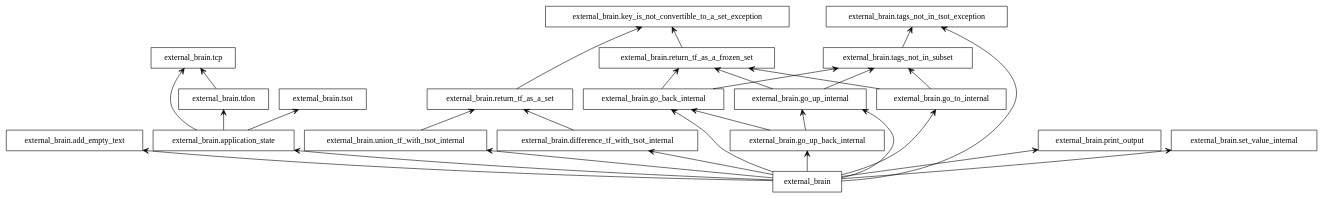
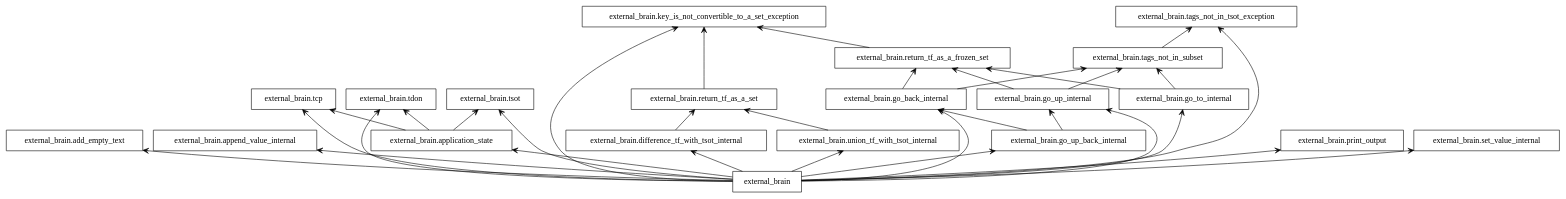
The diagram in packages.dot (GSmithApps/externalBrain), drawn with Graphviz before and after one commit. The commit also changed 11 other files, not shown here.

```diff
--- a/packages.dot
+++ b/packages.dot
@@ -1,51 +1,56 @@
 digraph "packages" {
 rankdir=BT
 charset="utf-8"
 "external_brain" [color="black", label=<external_brain>, shape="box", style="solid"];
 "external_brain.add_empty_text" [color="black", label=<external_brain.add_empty_text>, shape="box", style="solid"];
+"external_brain.append_value_internal" [color="black", label=<external_brain.append_value_internal>, shape="box", style="solid"];
 "external_brain.application_state" [color="black", label=<external_brain.application_state>, shape="box", style="solid"];
 "external_brain.difference_tf_with_tsot_internal" [color="black", label=<external_brain.difference_tf_with_tsot_internal>, shape="box", style="solid"];
 "external_brain.go_back_internal" [color="black", label=<external_brain.go_back_internal>, shape="box", style="solid"];
 "external_brain.go_to_internal" [color="black", label=<external_brain.go_to_internal>, shape="box", style="solid"];
 "external_brain.go_up_back_internal" [color="black", label=<external_brain.go_up_back_internal>, shape="box", style="solid"];
 "external_brain.go_up_internal" [color="black", label=<external_brain.go_up_internal>, shape="box", style="solid"];
 "external_brain.key_is_not_convertible_to_a_set_exception" [color="black", label=<external_brain.key_is_not_convertible_to_a_set_exception>, shape="box", style="solid"];
 "external_brain.print_output" [color="black", label=<external_brain.print_output>, shape="box", style="solid"];
 "external_brain.return_tf_as_a_frozen_set" [color="black", label=<external_brain.return_tf_as_a_frozen_set>, shape="box", style="solid"];
 "external_brain.return_tf_as_a_set" [color="black", label=<external_brain.return_tf_as_a_set>, shape="box", style="solid"];
 "external_brain.set_value_internal" [color="black", label=<external_brain.set_value_internal>, shape="box", style="solid"];
 "external_brain.tags_not_in_subset" [color="black", label=<external_brain.tags_not_in_subset>, shape="box", style="solid"];
 "external_brain.tags_not_in_tsot_exception" [color="black", label=<external_brain.tags_not_in_tsot_exception>, shape="box", style="solid"];
 "external_brain.tcp" [color="black", label=<external_brain.tcp>, shape="box", style="solid"];
 "external_brain.tdon" [color="black", label=<external_brain.tdon>, shape="box", style="solid"];
 "external_brain.tsot" [color="black", label=<external_brain.tsot>, shape="box", style="solid"];
 "external_brain.union_tf_with_tsot_internal" [color="black", label=<external_brain.union_tf_with_tsot_internal>, shape="box", style="solid"];
 "external_brain" -> "external_brain.add_empty_text" [arrowhead="open", arrowtail="none"];
+"external_brain" -> "external_brain.append_value_internal" [arrowhead="open", arrowtail="none"];
 "external_brain" -> "external_brain.application_state" [arrowhead="open", arrowtail="none"];
 "external_brain" -> "external_brain.difference_tf_with_tsot_internal" [arrowhead="open", arrowtail="none"];
 "external_brain" -> "external_brain.go_back_internal" [arrowhead="open", arrowtail="none"];
 "external_brain" -> "external_brain.go_to_internal" [arrowhead="open", arrowtail="none"];
 "external_brain" -> "external_brain.go_up_back_internal" [arrowhead="open", arrowtail="none"];
 "external_brain" -> "external_brain.go_up_internal" [arrowhead="open", arrowtail="none"];
+"external_brain" -> "external_brain.key_is_not_convertible_to_a_set_exception" [arrowhead="open", arrowtail="none"];
 "external_brain" -> "external_brain.print_output" [arrowhead="open", arrowtail="none"];
 "external_brain" -> "external_brain.set_value_internal" [arrowhead="open", arrowtail="none"];
 "external_brain" -> "external_brain.tags_not_in_tsot_exception" [arrowhead="open", arrowtail="none"];
+"external_brain" -> "external_brain.tcp" [arrowhead="open", arrowtail="none"];
+"external_brain" -> "external_brain.tdon" [arrowhead="open", arrowtail="none"];
+"external_brain" -> "external_brain.tsot" [arrowhead="open", arrowtail="none"];
 "external_brain" -> "external_brain.union_tf_with_tsot_internal" [arrowhead="open", arrowtail="none"];
 "external_brain.application_state" -> "external_brain.tcp" [arrowhead="open", arrowtail="none"];
 "external_brain.application_state" -> "external_brain.tdon" [arrowhead="open", arrowtail="none"];
 "external_brain.application_state" -> "external_brain.tsot" [arrowhead="open", arrowtail="none"];
 "external_brain.difference_tf_with_tsot_internal" -> "external_brain.return_tf_as_a_set" [arrowhead="open", arrowtail="none"];
 "external_brain.go_back_internal" -> "external_brain.return_tf_as_a_frozen_set" [arrowhead="open", arrowtail="none"];
 "external_brain.go_back_internal" -> "external_brain.tags_not_in_subset" [arrowhead="open", arrowtail="none"];
 "external_brain.go_to_internal" -> "external_brain.return_tf_as_a_frozen_set" [arrowhead="open", arrowtail="none"];
 "external_brain.go_to_internal" -> "external_brain.tags_not_in_subset" [arrowhead="open", arrowtail="none"];
 "external_brain.go_up_back_internal" -> "external_brain.go_back_internal" [arrowhead="open", arrowtail="none"];
 "external_brain.go_up_back_internal" -> "external_brain.go_up_internal" [arrowhead="open", arrowtail="none"];
 "external_brain.go_up_internal" -> "external_brain.return_tf_as_a_frozen_set" [arrowhead="open", arrowtail="none"];
 "external_brain.go_up_internal" -> "external_brain.tags_not_in_subset" [arrowhead="open", arrowtail="none"];
 "external_brain.return_tf_as_a_frozen_set" -> "external_brain.key_is_not_convertible_to_a_set_exception" [arrowhead="open", arrowtail="none"];
 "external_brain.return_tf_as_a_set" -> "external_brain.key_is_not_convertible_to_a_set_exception" [arrowhead="open", arrowtail="none"];
 "external_brain.tags_not_in_subset" -> "external_brain.tags_not_in_tsot_exception" [arrowhead="open", arrowtail="none"];
-"external_brain.tdon" -> "external_brain.tcp" [arrowhead="open", arrowtail="none"];
 "external_brain.union_tf_with_tsot_internal" -> "external_brain.return_tf_as_a_set" [arrowhead="open", arrowtail="none"];
 }
```
